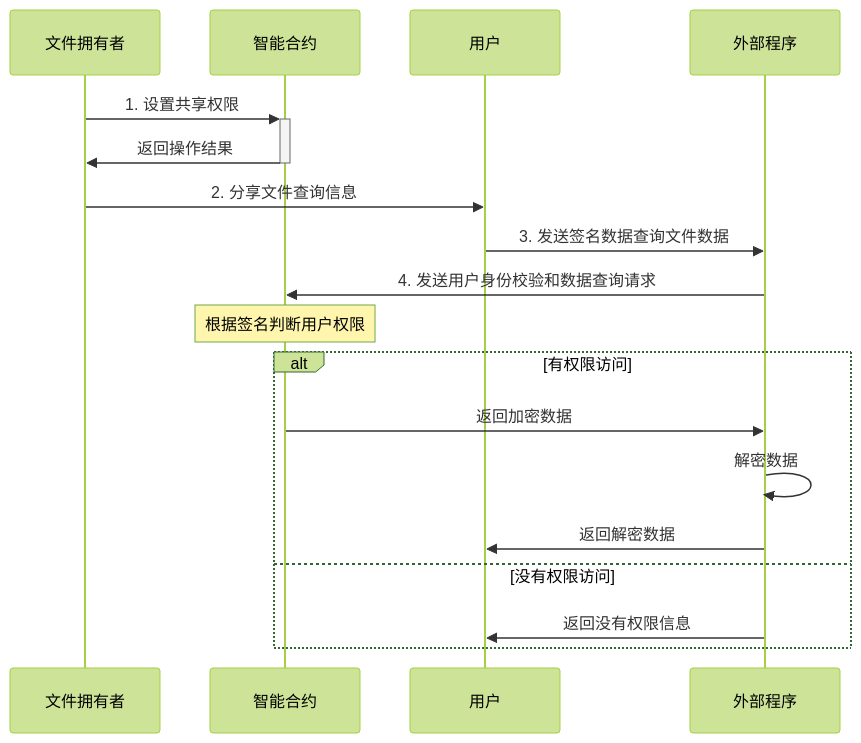
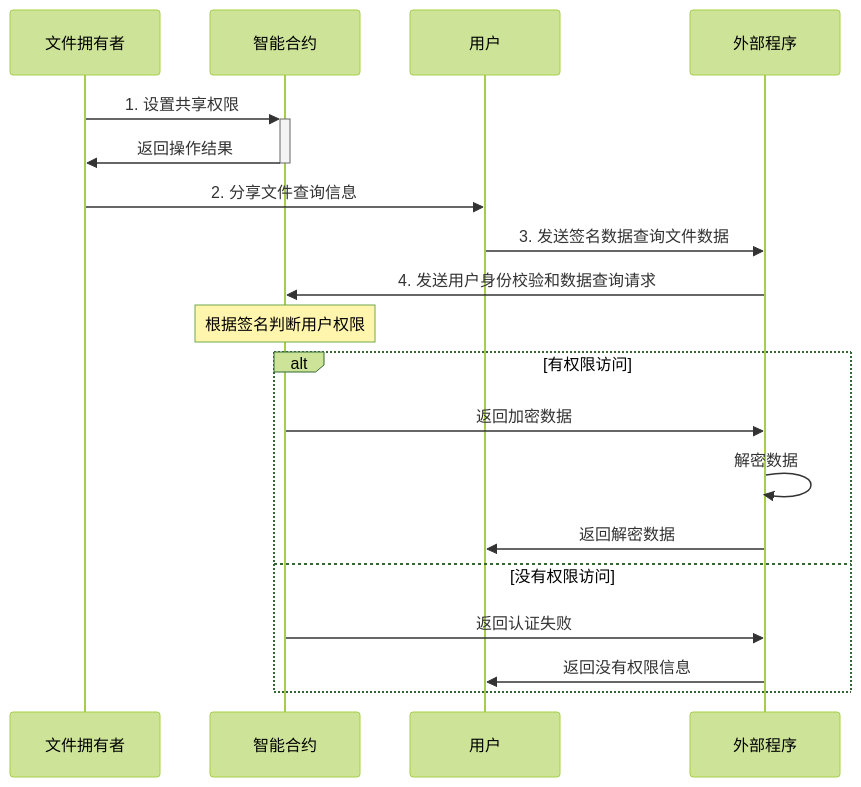
Before and after one commit to MoyunRz/store-data: the fifth of 5 diagrams in doc/合约存取共享.md, drawn with Mermaid (forest theme).

Commit message:
时序图 添加返回认证失败

````diff
--- a/doc/合约存取共享.md
+++ b/doc/合约存取共享.md
@@ -101,21 +101,22 @@
 ```mermaid
 sequenceDiagram
     participant A as 文件拥有者
     participant B as 智能合约
     participant C as 用户
     participant D as 外部程序
 
     A->>+B: 1. 设置共享权限
     B->>-A: 返回操作结果
     A->>C: 2. 分享文件查询信息
     C->>D: 3. 发送签名数据查询文件数据
     D->>B: 4. 发送用户身份校验和数据查询请求
     Note over B: 根据签名判断用户权限
     alt 有权限访问
         B->>D: 返回加密数据
         D->>D: 解密数据
         D->>C: 返回解密数据
     else 没有权限访问
+        B->>D: 返回认证失败
         D->>C: 返回没有权限信息
     end
 ```
````
